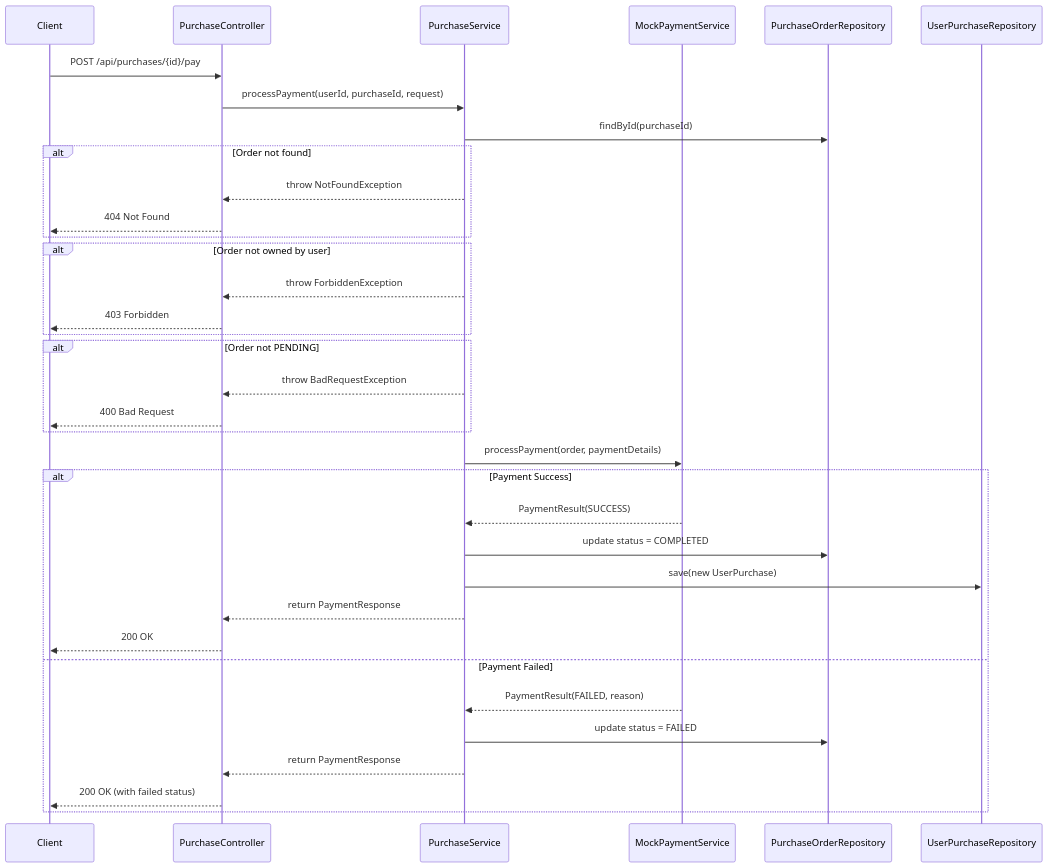
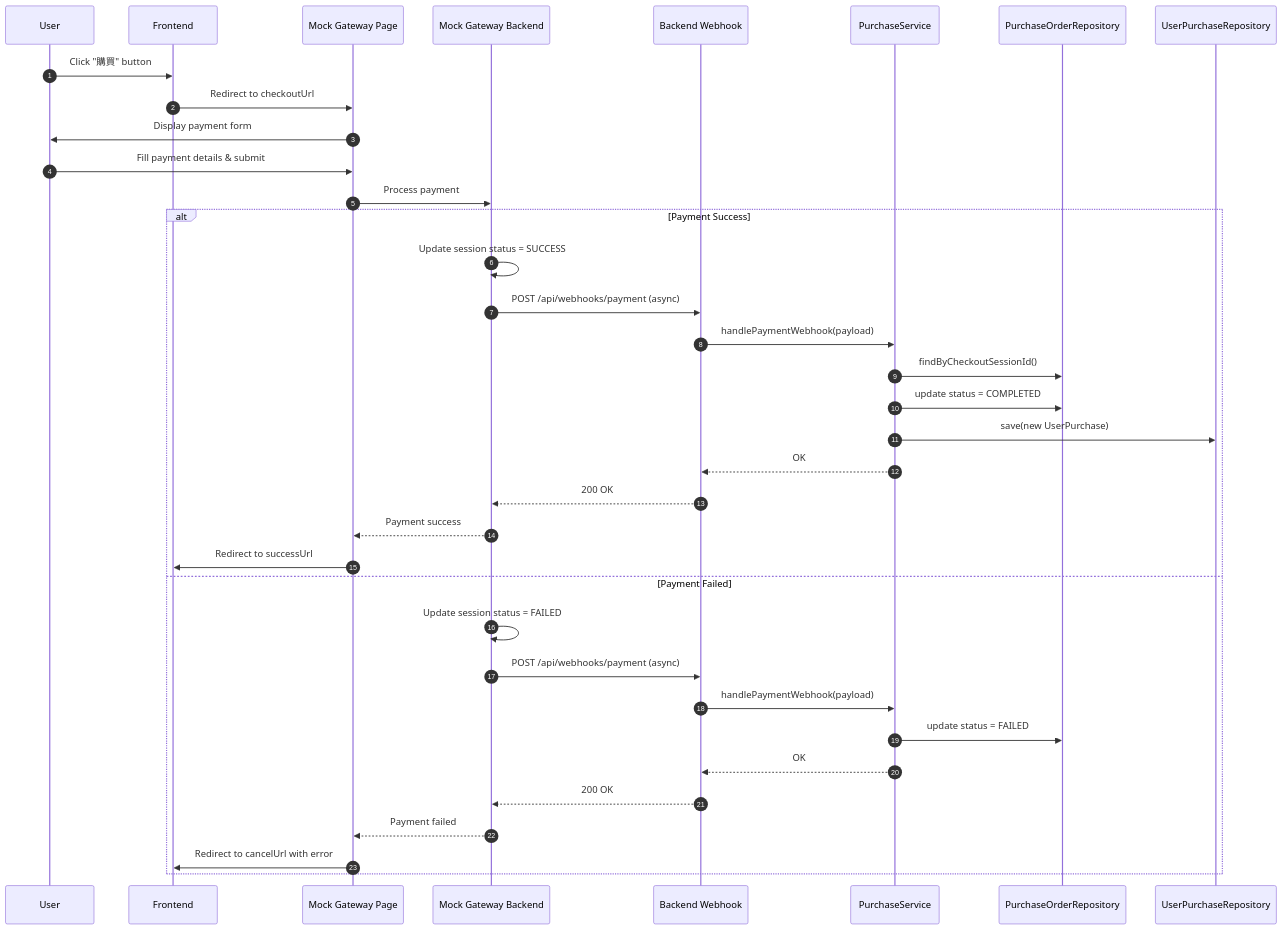
One commit to AdemKao/water-ball-fork changed the second of 4 diagrams in specs/005-purchase-flow/backend-spec.md. Above: the diagram before and after it, drawn with Mermaid. The commit also changed other lines of this file and 3 other files, not shown here.

````diff
--- a/specs/005-purchase-flow/backend-spec.md
+++ b/specs/005-purchase-flow/backend-spec.md
@@ -89,43 +164,46 @@
 ```mermaid
 sequenceDiagram
-    participant Client
-    participant PurchaseController
+    autonumber
+    participant User
+    participant Frontend
+    participant MockGatewayPage as Mock Gateway Page
+    participant MockPaymentGateway as Mock Gateway Backend
+    participant PurchaseWebhook as Backend Webhook
     participant PurchaseService
-    participant MockPaymentService
     participant PurchaseOrderRepository
     participant UserPurchaseRepository
 
-    Client->>PurchaseController: POST /api/purchases/{id}/pay
-    PurchaseController->>PurchaseService: processPayment(userId, purchaseId, request)
+    User->>Frontend: Click "購買" button
+    Frontend->>MockGatewayPage: Redirect to checkoutUrl
     
-    PurchaseService->>PurchaseOrderRepository: findById(purchaseId)
-    alt Order not found
-        PurchaseService-->>PurchaseController: throw NotFoundException
-        PurchaseController-->>Client: 404 Not Found
-    end
+    MockGatewayPage->>User: Display payment form
+    User->>MockGatewayPage: Fill payment details & submit
     
-    alt Order not owned by user
-        PurchaseService-->>PurchaseController: throw ForbiddenException
-        PurchaseController-->>Client: 403 Forbidden
-    end
-    
-    alt Order not PENDING
-        PurchaseService-->>PurchaseController: throw BadRequestException
-        PurchaseController-->>Client: 400 Bad Request
-    end
-    
-    PurchaseService->>MockPaymentService: processPayment(order, paymentDetails)
+    MockGatewayPage->>MockPaymentGateway: Process payment
     
     alt Payment Success
-        MockPaymentService-->>PurchaseService: PaymentResult(SUCCESS)
+        MockPaymentGateway->>MockPaymentGateway: Update session status = SUCCESS
+        MockPaymentGateway->>PurchaseWebhook: POST /api/webhooks/payment (async)
+        
+        PurchaseWebhook->>PurchaseService: handlePaymentWebhook(payload)
+        PurchaseService->>PurchaseOrderRepository: findByCheckoutSessionId()
         PurchaseService->>PurchaseOrderRepository: update status = COMPLETED
         PurchaseService->>UserPurchaseRepository: save(new UserPurchase)
-        PurchaseService-->>PurchaseController: return PaymentResponse
-        PurchaseController-->>Client: 200 OK
+        PurchaseService-->>PurchaseWebhook: OK
+        PurchaseWebhook-->>MockPaymentGateway: 200 OK
+        
+        MockPaymentGateway-->>MockGatewayPage: Payment success
+        MockGatewayPage->>Frontend: Redirect to successUrl
     else Payment Failed
-        MockPaymentService-->>PurchaseService: PaymentResult(FAILED, reason)
+        MockPaymentGateway->>MockPaymentGateway: Update session status = FAILED
+        MockPaymentGateway->>PurchaseWebhook: POST /api/webhooks/payment (async)
+        
+        PurchaseWebhook->>PurchaseService: handlePaymentWebhook(payload)
         PurchaseService->>PurchaseOrderRepository: update status = FAILED
-        PurchaseService-->>PurchaseController: return PaymentResponse
-        PurchaseController-->>Client: 200 OK (with failed status)
+        PurchaseService-->>PurchaseWebhook: OK
+        PurchaseWebhook-->>MockPaymentGateway: 200 OK
+        
+        MockPaymentGateway-->>MockGatewayPage: Payment failed
+        MockGatewayPage->>Frontend: Redirect to cancelUrl with error
     end
 ```
````
